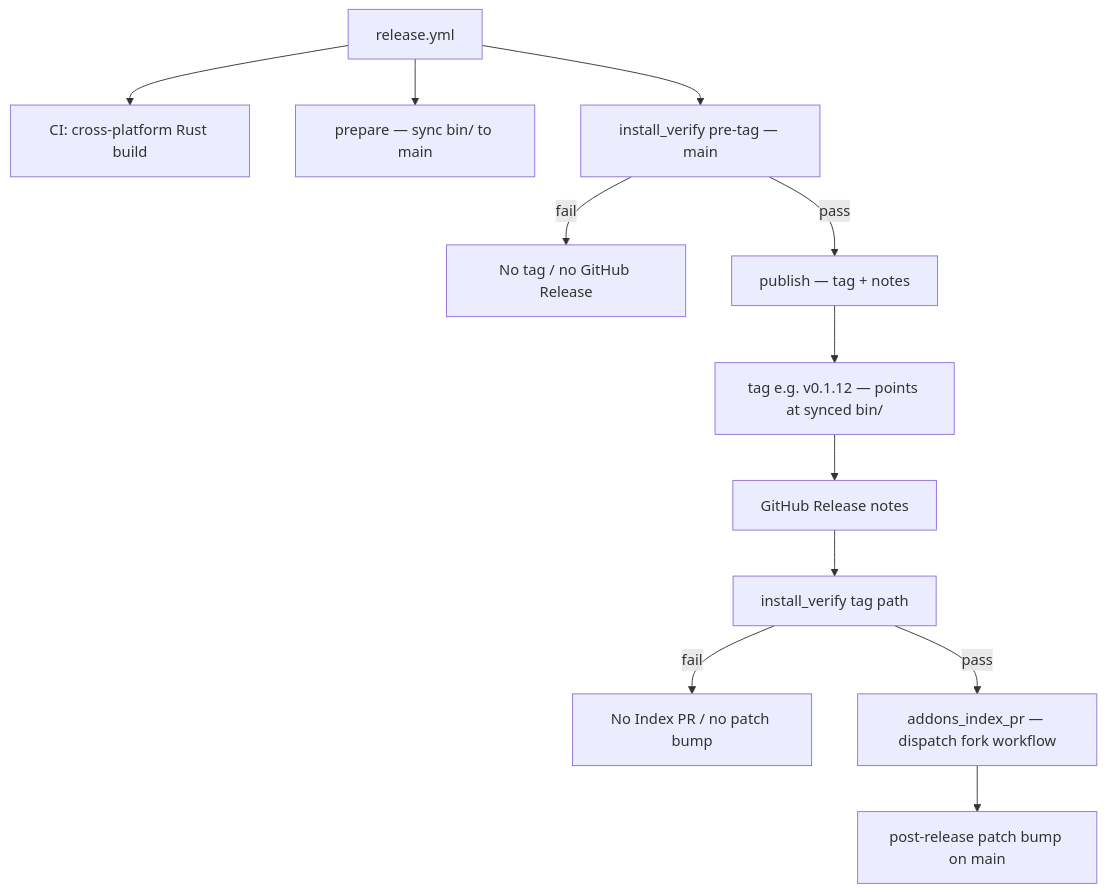
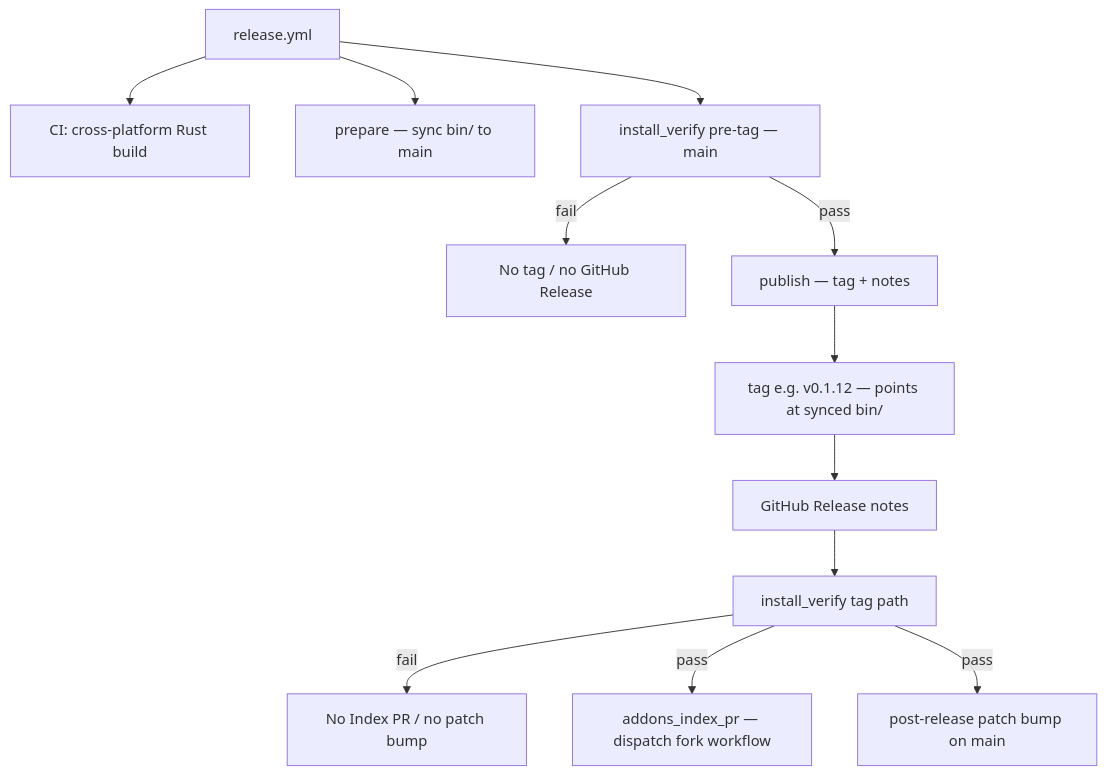
Before and after one commit to CREATeNG/freecad-mcp-bridge: the first of 2 diagrams in MAINTAINING.md, drawn with Mermaid. The commit also changed other lines of this file and 1 other file, not shown here.

Commit message:
Align TESTING.md release order with MAINTAINING.md
Remove stale six-step list; cross-link full job order. Fix mermaid parallel bump and Index dispatch.

````diff
--- a/MAINTAINING.md
+++ b/MAINTAINING.md
@@ -72,15 +72,15 @@
 ```mermaid
 flowchart TD
   R[release.yml]
   R --> build[CI: cross-platform Rust build]
   R --> prep[prepare — sync bin/ to main]
   R --> verify[install_verify pre-tag — main]
   verify -->|fail| stop[No tag / no GitHub Release]
   verify -->|pass| pub[publish — tag + notes]
   pub --> tag[tag e.g. v0.1.12 — points at synced bin/]
   tag --> gh[GitHub Release notes]
   gh --> postverify[install_verify tag path]
   postverify -->|fail| stop2[No Index PR / no patch bump]
   postverify -->|pass| indexpr[addons_index_pr — dispatch fork workflow]
-  indexpr --> zbump[post-release patch bump on main]
+  postverify -->|pass| zbump[post-release patch bump on main]
 ```
````
